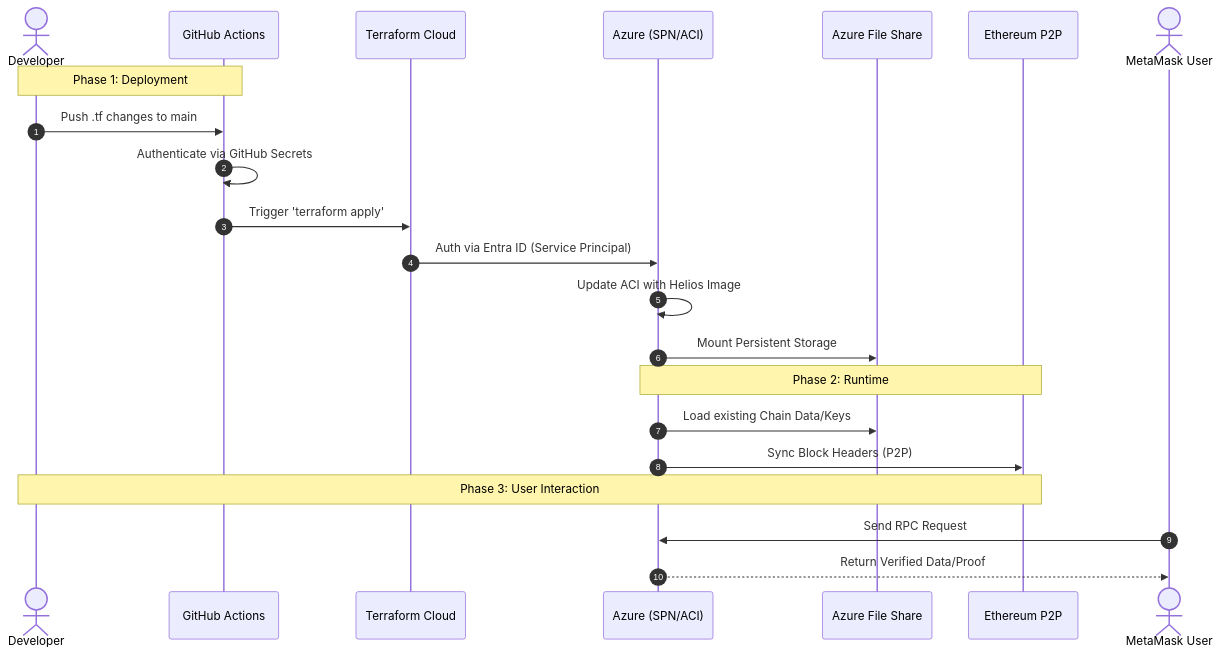
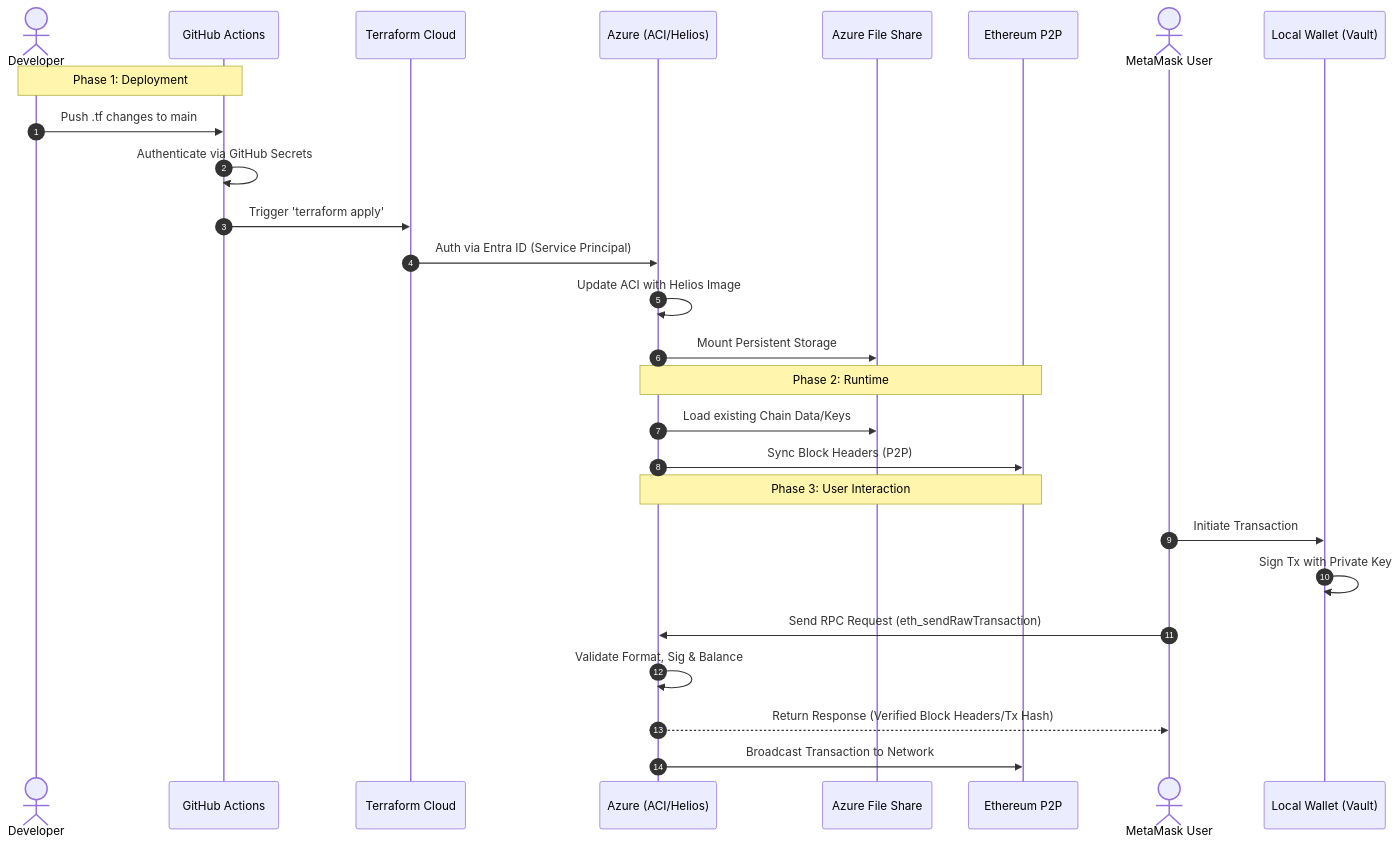
The fourth of 4 diagrams in HighLevelDesign.md (vfr750y/Cost-Optimized-Ethereum-Node-On-Azure), drawn with Mermaid before and after one commit. The commit also changed other lines of this file, not shown here.

Commit message:
edit hld - sequence diagram

````diff
--- a/HighLevelDesign.md
+++ b/HighLevelDesign.md
@@ -126,27 +127,33 @@
 ```mermaid
 sequenceDiagram
     autonumber
     actor Dev as Developer
     participant GH as GitHub Actions
     participant TF as Terraform Cloud
-    participant Azure as Azure (SPN/ACI)
+    participant Azure as Azure (ACI/Helios)
     participant FS as Azure File Share
     participant BC as Ethereum P2P
 
     Note over Dev, GH: Phase 1: Deployment
     Dev->>GH: Push .tf changes to main
     GH->>GH: Authenticate via GitHub Secrets
     GH->>TF: Trigger 'terraform apply'
     TF->>Azure: Auth via Entra ID (Service Principal)
     Azure->>Azure: Update ACI with Helios Image
     Azure->>FS: Mount Persistent Storage
 
     Note over Azure, BC: Phase 2: Runtime
     Azure->>FS: Load existing Chain Data/Keys
     Azure->>BC: Sync Block Headers (P2P)
     
-    Note over Dev, BC: Phase 3: User Interaction
+    Note over Azure, BC: Phase 3: User Interaction
     actor User as MetaMask User
-    User->>Azure: Send RPC Request
-    Azure-->>User: Return Verified Data/Proof
+    participant Wallet as Local Wallet (Vault)
+    
+    User->>Wallet: Initiate Transaction
+    Wallet->>Wallet: Sign Tx with Private Key
+    User->>Azure: Send RPC Request (eth_sendRawTransaction)
+    Azure->>Azure: Validate Format, Sig & Balance
+    Azure-->>User: Return Response (Verified Block Headers/Tx Hash)
+    Azure->>BC: Broadcast Transaction to Network
 ```
````
